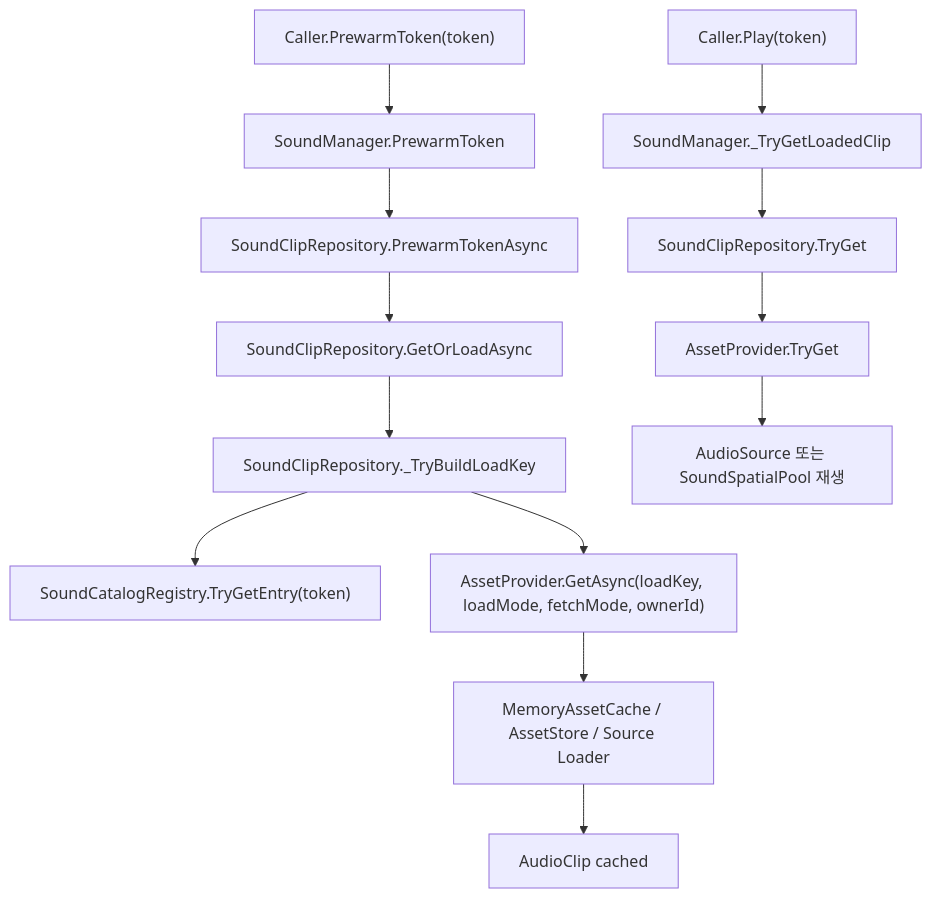
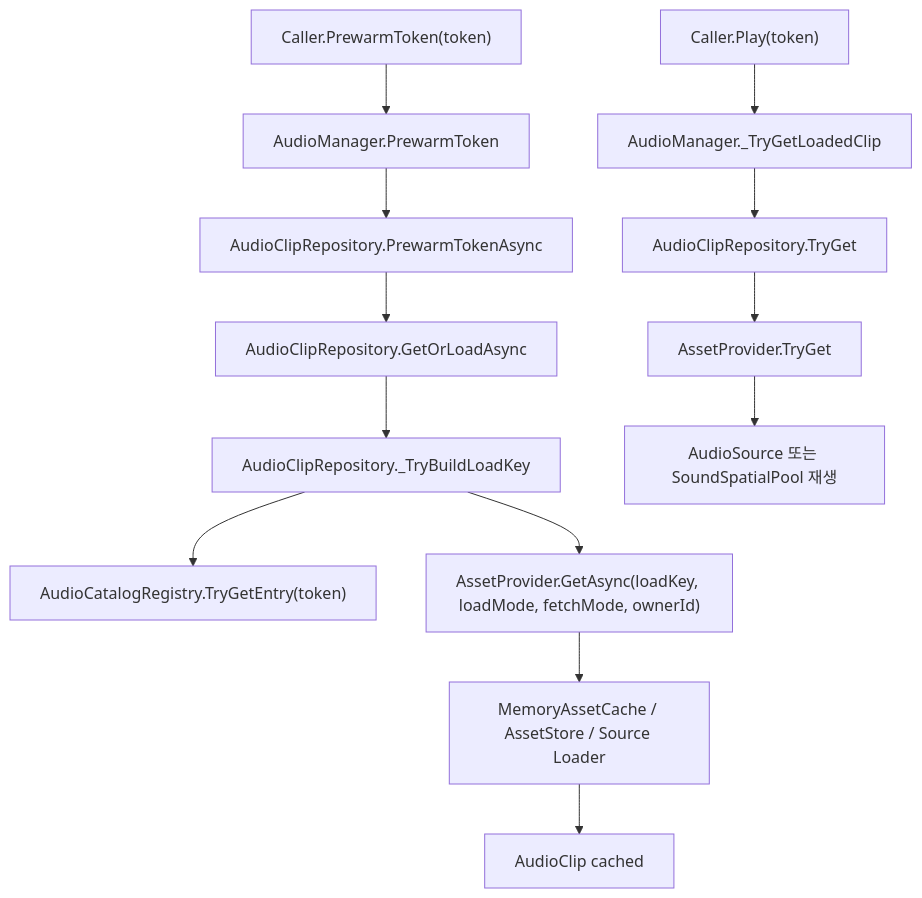
One commit to HoHong123/HCUP-Unity changed the third of 5 diagrams in HAudio/Runtime/README.md. Above: the diagram before and after it, drawn with Mermaid. The commit also changed other lines of this file, not shown here.

Commit message:
[Docs] 📝 04.08.26 update HAudio README to renamed Audio classes and Uid partial layout.

````diff
--- a/HAudio/Runtime/README.md
+++ b/HAudio/Runtime/README.md
@@ -65,15 +65,15 @@
 ```mermaid
 flowchart TD
-    A["Caller.PrewarmToken(token)"] --> B["SoundManager.PrewarmToken"]
-    B --> C["SoundClipRepository.PrewarmTokenAsync"]
-    C --> D["SoundClipRepository.GetOrLoadAsync"]
-    D --> E["SoundClipRepository._TryBuildLoadKey"]
-    E --> F["SoundCatalogRegistry.TryGetEntry(token)"]
+    A["Caller.PrewarmToken(token)"] --> B["AudioManager.PrewarmToken"]
+    B --> C["AudioClipRepository.PrewarmTokenAsync"]
+    C --> D["AudioClipRepository.GetOrLoadAsync"]
+    D --> E["AudioClipRepository._TryBuildLoadKey"]
+    E --> F["AudioCatalogRegistry.TryGetEntry(token)"]
     E --> G["AssetProvider.GetAsync(loadKey, loadMode, fetchMode, ownerId)"]
     G --> H["MemoryAssetCache / AssetStore / Source Loader"]
     H --> I["AudioClip cached"]
-    J["Caller.Play(token)"] --> K["SoundManager._TryGetLoadedClip"]
-    K --> L["SoundClipRepository.TryGet"]
+    J["Caller.Play(token)"] --> K["AudioManager._TryGetLoadedClip"]
+    K --> L["AudioClipRepository.TryGet"]
     L --> M["AssetProvider.TryGet"]
     M --> N["AudioSource 또는 SoundSpatialPool 재생"]
 ```
````
